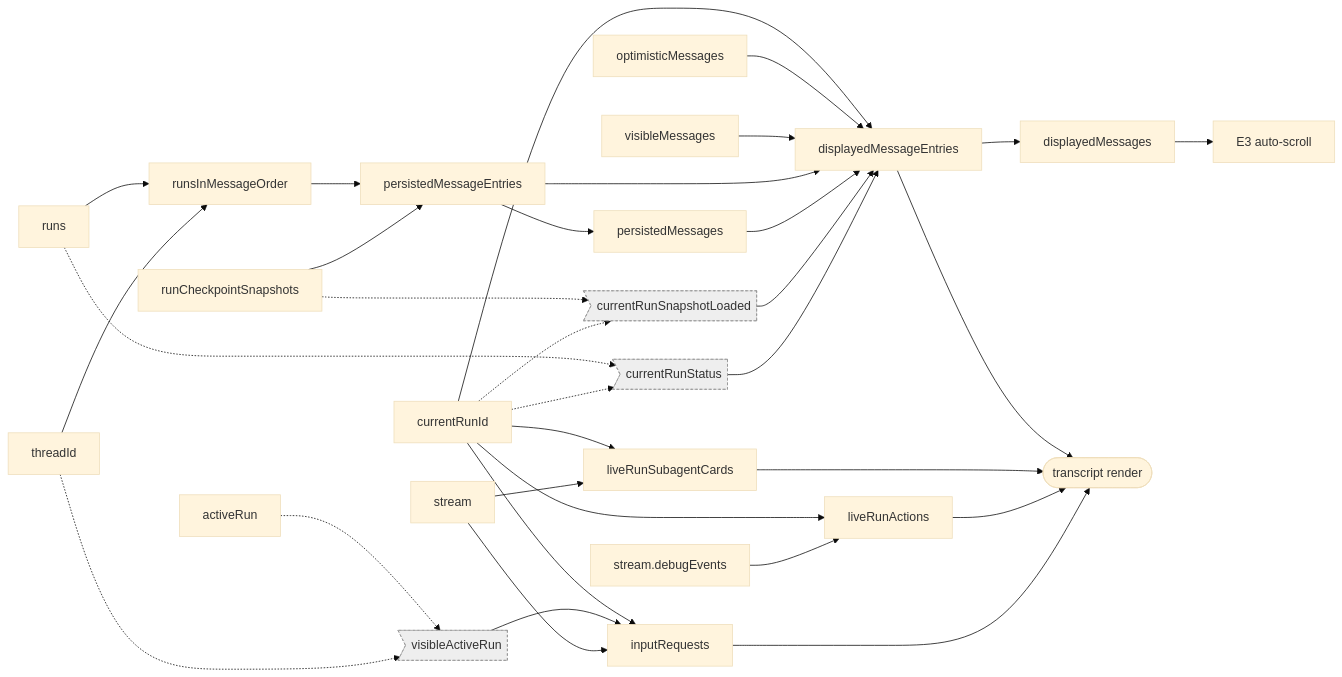
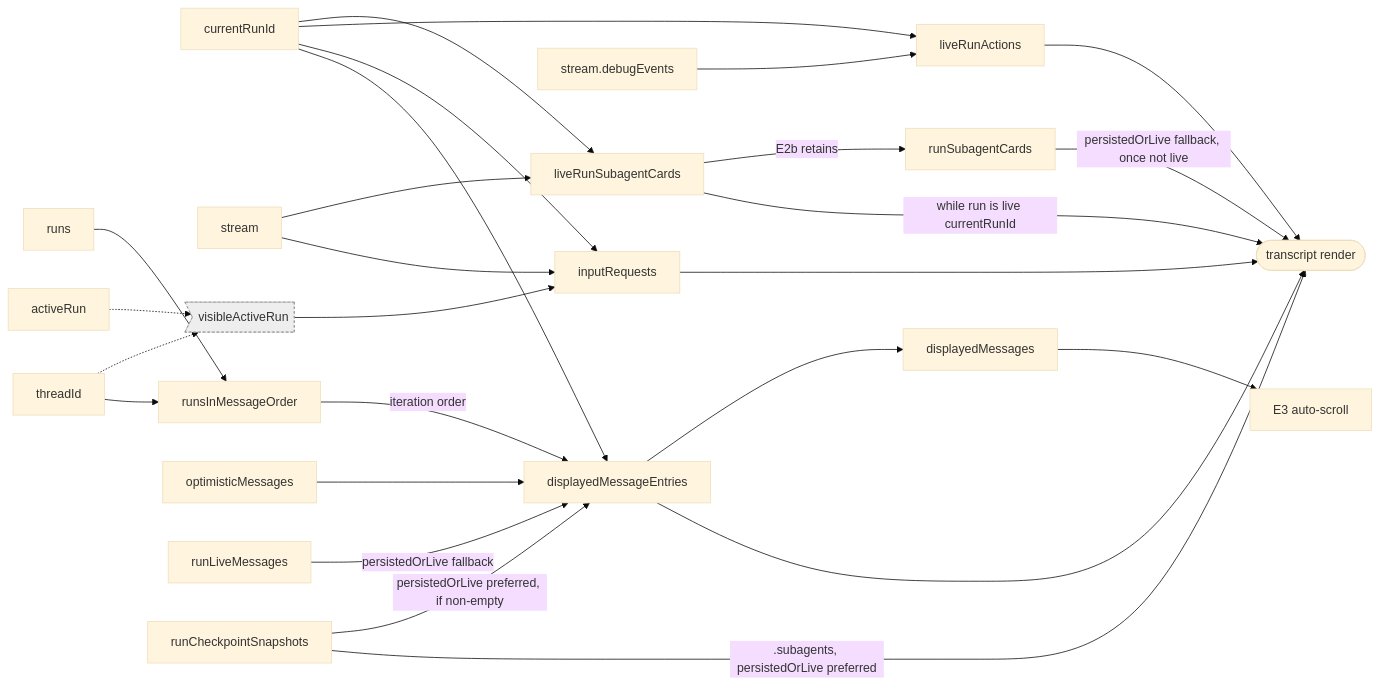
One commit to aa2051995/deep-agent-ga changed the second of 2 diagrams in docs/architecture/ui-state-graph.md. Above: the diagram before and after it, drawn with Mermaid (base theme). The commit also changed other lines of this file and 8 other files, not shown here.

First line of the commit message:
fix(ui): retain a run's subagent cards through the snapshot refetch window

````diff
--- a/docs/architecture/ui-state-graph.md
+++ b/docs/architecture/ui-state-graph.md
@@ -88,39 +89,33 @@
 ```mermaid
 flowchart LR
     currentRunId --> M1[liveRunSubagentCards]
     stream --> M1
+    M1 -->|E2b retains| runSubagentCards
     currentRunId --> M2[liveRunActions]
     debug[stream.debugEvents] --> M2
     currentRunId --> M3[inputRequests]
     vAR>visibleActiveRun]:::d --> M3
     stream --> M3
     activeRun -.-> vAR
     threadId -.-> vAR
 
     runs --> M4[runsInMessageOrder]
     threadId --> M4
-    M4 --> M5[persistedMessageEntries]
-    runCheckpointSnapshots --> M5
-    M5 --> M6[persistedMessages]
 
     currentRunId --> M7[displayedMessageEntries]
     optimisticMessages --> M7
-    visibleMessages --> M7
-    M5 --> M7
-    M6 --> M7
-    cRS>currentRunSnapshotLoaded]:::d --> M7
-    cST>currentRunStatus]:::d --> M7
-    runCheckpointSnapshots -.-> cRS
-    currentRunId -.-> cRS
-    runs -.-> cST
-    currentRunId -.-> cST
+    runLiveMessages -->|persistedOrLive fallback| M7
+    runCheckpointSnapshots -->|persistedOrLive preferred, if non-empty| M7
+    M4 -->|iteration order| M7
 
     M7 --> M8[displayedMessages]
     M7 --> RENDER([transcript render])
-    M1 --> RENDER
+    M1 -->|while run is live currentRunId| RENDER
+    runSubagentCards -->|persistedOrLive fallback, once not live| RENDER
+    runCheckpointSnapshots -->|.subagents, persistedOrLive preferred| RENDER
     M2 --> RENDER
     M3 --> RENDER
     M8 --> E3ref[E3 auto-scroll]
 
     classDef d fill:#eee,stroke:#999,stroke-dasharray:3 3;
 ```
````
